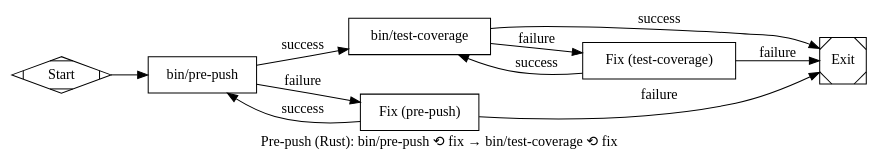
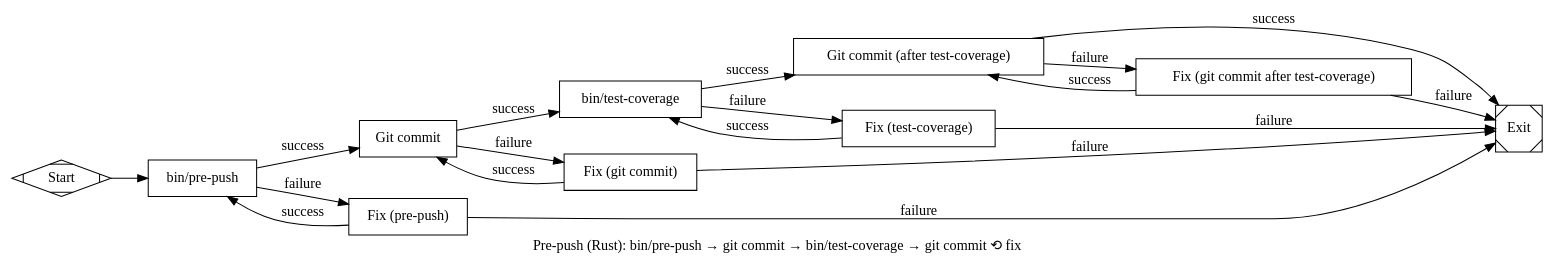
Before and after one commit to Industrial/streamweave-attractor: the diagram in examples/workflows/pre-push.dot, drawn with Graphviz. The commit also changed 1 other file, not shown here.

Commit message:
test: update parse_pre_push_dot_all_nodes for 10-node pre-push.dot

```diff
--- a/examples/workflows/pre-push.dot
+++ b/examples/workflows/pre-push.dot
@@ -1,46 +1,80 @@
 digraph PrePush {
   graph [
     goal="Run pre-push quality gates for Rust project; fix-and-retry until success",
-    label="Pre-push (Rust): bin/pre-push ⟲ fix → bin/test-coverage ⟲ fix"
+    label="Pre-push (Rust): bin/pre-push → git commit → bin/test-coverage → git commit ⟲ fix"
   ]
   rankdir=LR
 
   start [shape=Mdiamond, label="Start"]
   exit [shape=Msquare, label="Exit"]
 
   pre_push [
     shape=box,
     type=exec,
     label="bin/pre-push",
     command="devenv shell -- bin/pre-push"
   ]
 
+  pre_push_git_commit [
+    shape=box,
+    type=exec,
+    label="Git commit",
+    command="devenv shell -- sh -c 'git add -A && (git diff --cached --quiet || git commit -m \"chore: pre-push passed\")'"
+  ]
+
   test_coverage [
     shape=box,
     type=exec,
     label="bin/test-coverage",
     command="devenv shell -- bin/test-coverage"
   ]
 
+  test_coverage_git_commit [
+    shape=box,
+    type=exec,
+    label="Git commit (after test-coverage)",
+    command="devenv shell -- sh -c 'git add -A && (git diff --cached --quiet || git commit -m \"chore: test-coverage passed\")'"
+  ]
+
   fix_pre_push [
     shape=box,
     label="Fix (pre-push)",
     prompt="bin/pre-push failed (format, lint, check, build, test, etc.). From the output or logs, identify failures. Create small bd tasks: devenv shell -- bd create \"...\" -t task -p 1 --json. Act as beads-worker: bd ready, claim one task, fix it, bd close, commit. Do NOT commit .beads/issues.jsonl. Exit 0; pipeline returns to bin/pre-push."
+  ]
+
+  fix_pre_push_git_commit [
+    shape=box,
+    label="Fix (git commit)",
+    prompt="Git commit failed (e.g. hooks, empty commit). Fix the issue (adjust message, fix hooks, or resolve conflicts). Do NOT commit .beads/issues.jsonl. Exit 0; pipeline returns to pre_push_git_commit."
+  ]
+
+  fix_test_coverage_git_commit [
+    shape=box,
+    label="Fix (git commit after test-coverage)",
+    prompt="Git commit failed after test-coverage (e.g. hooks, empty commit). Fix the issue. Do NOT commit .beads/issues.jsonl. Exit 0; pipeline returns to test_coverage_git_commit."
   ]
 
   fix_test_coverage [
     shape=box,
     label="Fix (test-coverage)",
     prompt="bin/test-coverage failed. From the output, identify coverage or test failures. Create small bd tasks: devenv shell -- bd create \"...\" -t task -p 1 --json. Act as beads-worker: bd ready, claim one task, fix it, bd close, commit. Do NOT commit .beads/issues.jsonl. Exit 0; pipeline returns to bin/test-coverage."
   ]
 
   start -> pre_push
-  pre_push -> test_coverage [label="success", condition="outcome=success"]
+  pre_push -> pre_push_git_commit [label="success", condition="outcome=success"]
   pre_push -> fix_pre_push [label="failure", condition="outcome=fail"]
   fix_pre_push -> pre_push [label="success", condition="outcome=success"]
   fix_pre_push -> exit [label="failure", condition="outcome=fail"]
-  test_coverage -> exit [label="success", condition="outcome=success"]
+  pre_push_git_commit -> test_coverage [label="success", condition="outcome=success"]
+  pre_push_git_commit -> fix_pre_push_git_commit [label="failure", condition="outcome=fail"]
+  fix_pre_push_git_commit -> pre_push_git_commit [label="success", condition="outcome=success"]
+  fix_pre_push_git_commit -> exit [label="failure", condition="outcome=fail"]
+  test_coverage -> test_coverage_git_commit [label="success", condition="outcome=success"]
   test_coverage -> fix_test_coverage [label="failure", condition="outcome=fail"]
+  test_coverage_git_commit -> exit [label="success", condition="outcome=success"]
+  test_coverage_git_commit -> fix_test_coverage_git_commit [label="failure", condition="outcome=fail"]
+  fix_test_coverage_git_commit -> test_coverage_git_commit [label="success", condition="outcome=success"]
+  fix_test_coverage_git_commit -> exit [label="failure", condition="outcome=fail"]
   fix_test_coverage -> test_coverage [label="success", condition="outcome=success"]
   fix_test_coverage -> exit [label="failure", condition="outcome=fail"]
 }
```
